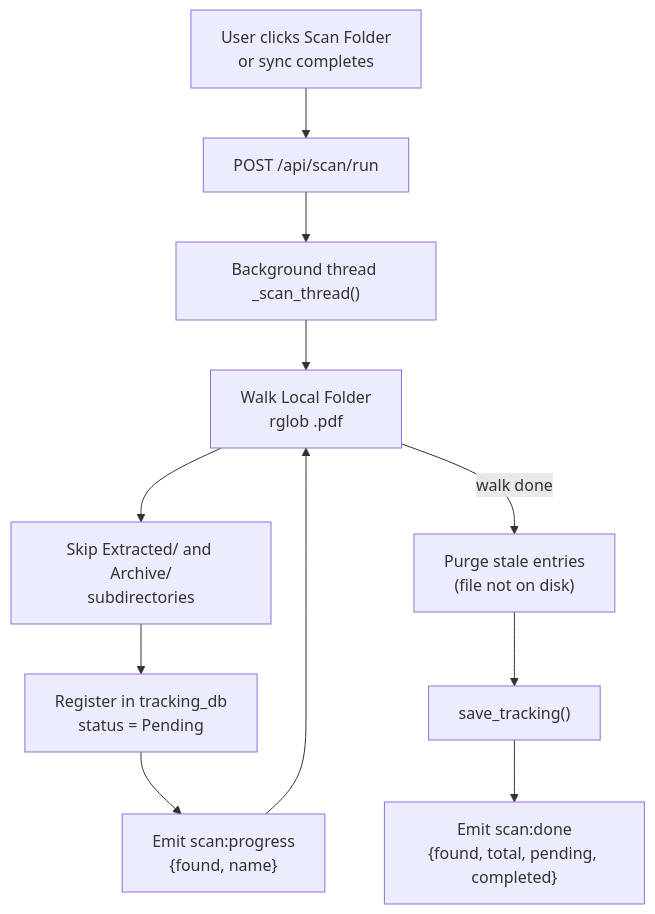
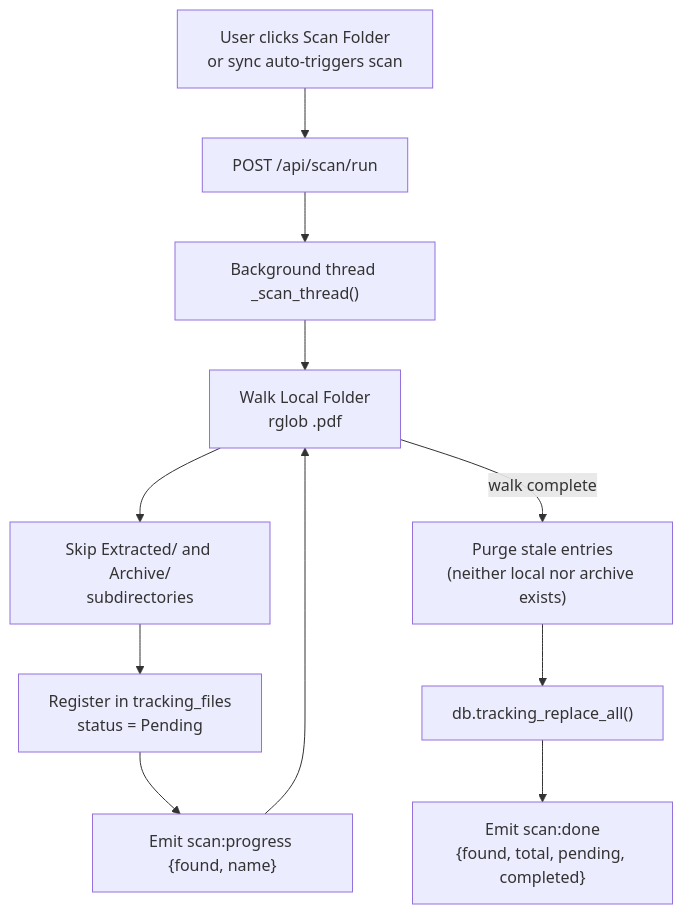
One commit to HackToTheFuture-WatsonX/WatsonX changed the second of 8 diagrams in docs/pdf-extractor-v3/features.md. Above: the diagram before and after it, drawn with Mermaid. The commit also changed other lines of this file and 9 other files, not shown here.

````diff
--- a/docs/pdf-extractor-v3/features.md
+++ b/docs/pdf-extractor-v3/features.md
@@ -78,13 +81,13 @@
 ```mermaid
 flowchart TD
-    A["User clicks Scan Folder\nor sync completes"] --> B["POST /api/scan/run"]
+    A["User clicks Scan Folder\nor sync auto-triggers scan"] --> B["POST /api/scan/run"]
     B --> C["Background thread _scan_thread()"]
     C --> D["Walk Local Folder\nrglob .pdf"]
     D --> E["Skip Extracted/ and Archive/\nsubdirectories"]
-    E --> F["Register in tracking_db\nstatus = Pending"]
-    F --> G["Emit scan:progress\n{found, name}"]
+    E --> F["Register in tracking_files\nstatus = Pending"]
+    F --> G["Emit scan:progress {found, name}"]
     G --> D
-    D -- "walk done" --> H["Purge stale entries\n(file not on disk)"]
-    H --> I["save_tracking()"]
+    D -- "walk complete" --> H["Purge stale entries\n(neither local nor archive exists)"]
+    H --> I["db.tracking_replace_all()"]
     I --> J["Emit scan:done\n{found, total, pending, completed}"]
 ```
````
